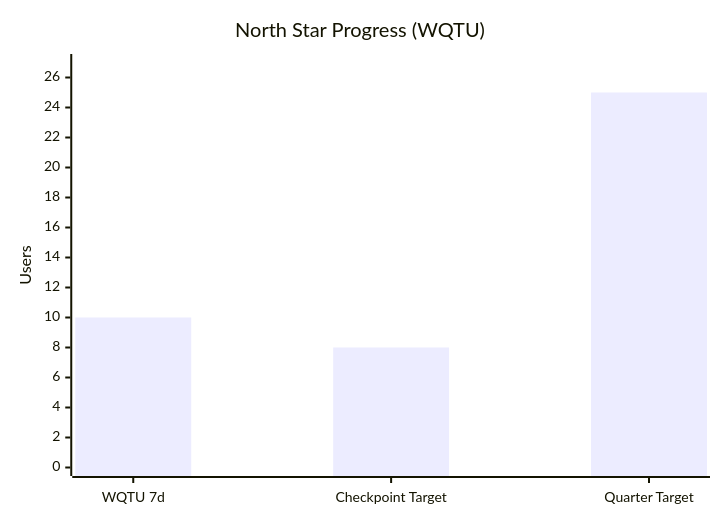
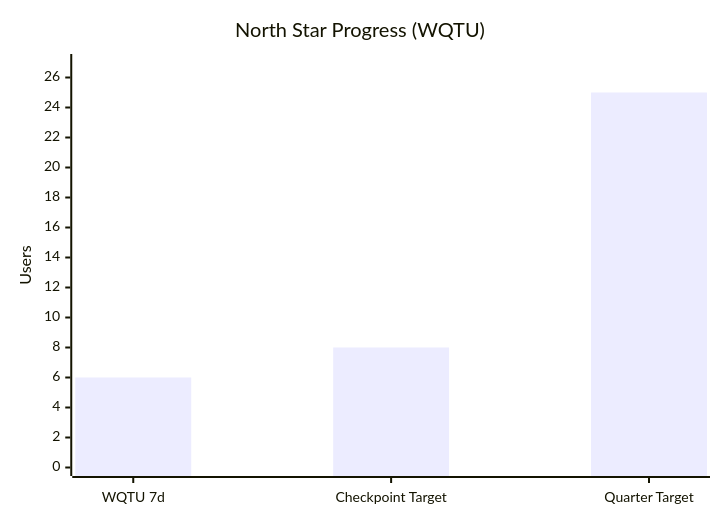
One commit to IgorGanapolsky/Random-Timer changed the second of 4 diagrams in wiki/Paid-Acquisition.md. Above: the diagram before and after it, drawn with Mermaid. The commit also changed other lines of this file and 113 other files, not shown here.

````diff
--- a/wiki/Paid-Acquisition.md
+++ b/wiki/Paid-Acquisition.md
@@ -50,7 +50,7 @@
 ```mermaid
 xychart-beta
     title "North Star Progress (WQTU)"
     x-axis ["WQTU 7d" , "Checkpoint Target" , "Quarter Target"]
     y-axis "Users" 0 --> 27
-    bar [10 , 8 , 25]
+    bar [6 , 8 , 25]
 ```
````
